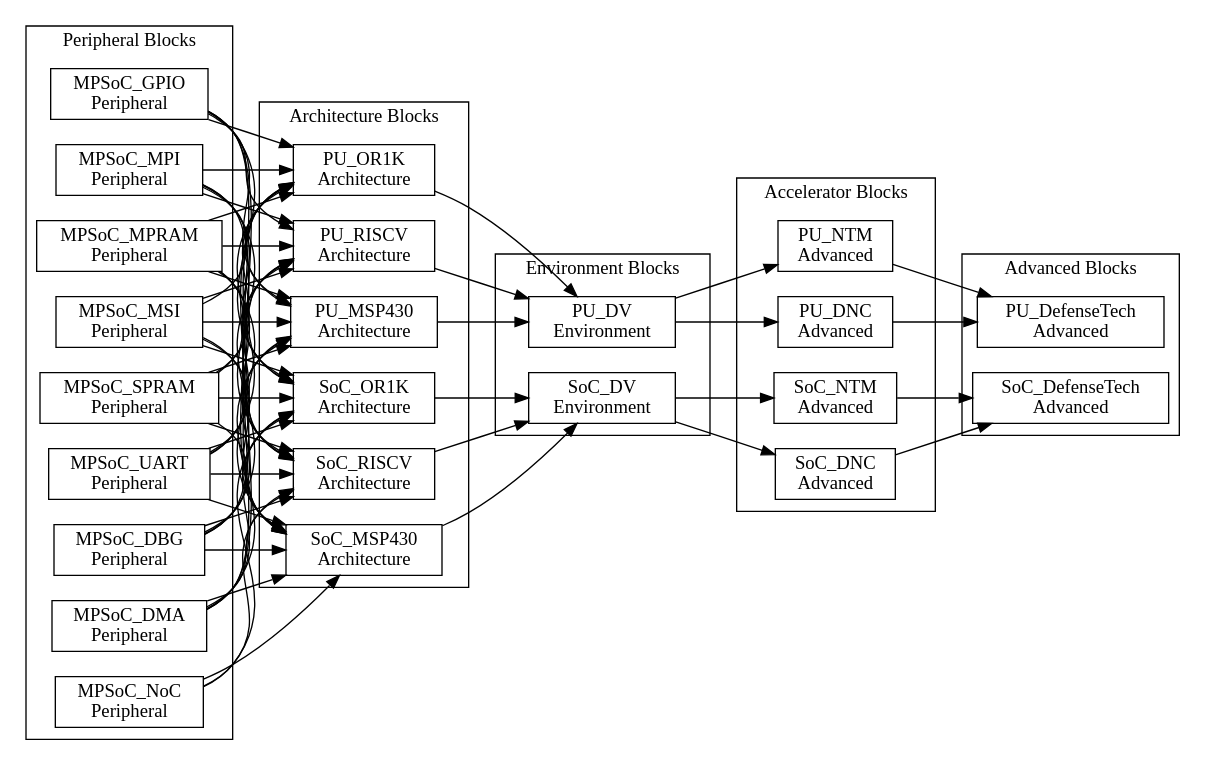
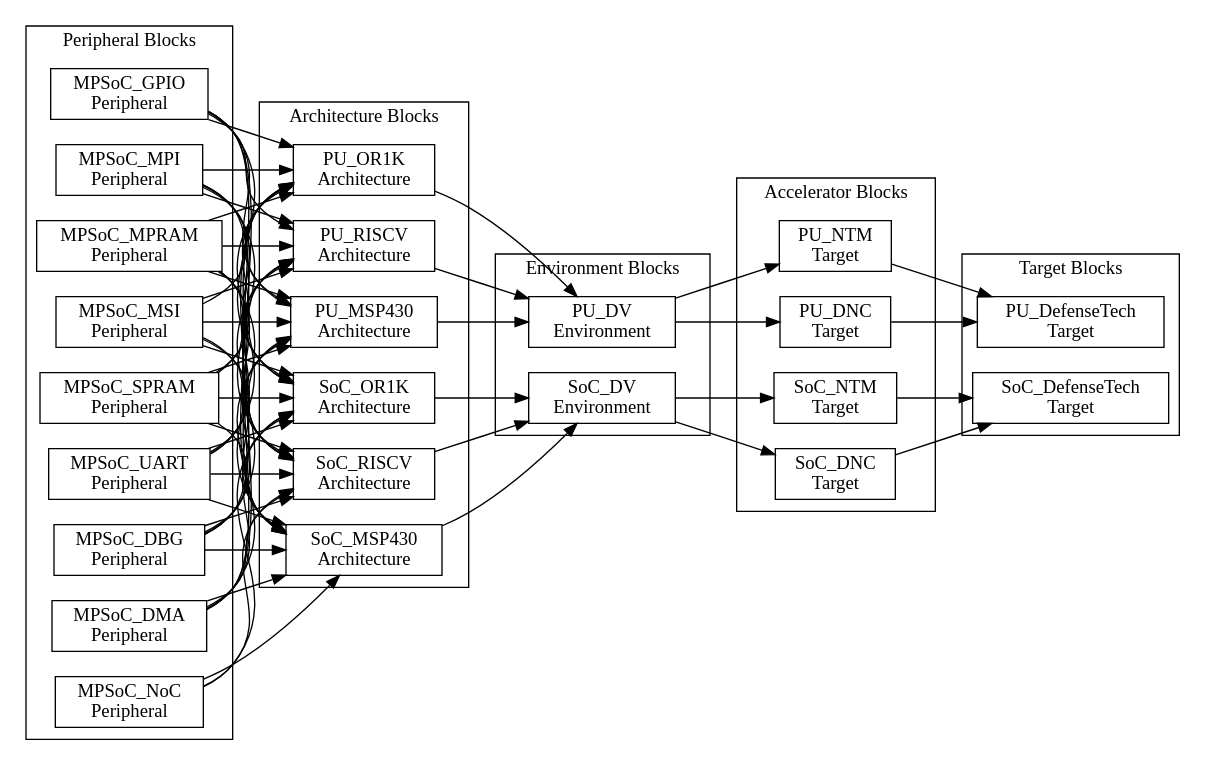
The diagram in doc/traditional/assets/chapter5/dependences-soc-energytech.dot (PacoReinaCampo/SoC-RTOS), drawn with Graphviz before and after one commit. The commit also changed 244 other files, not shown here.

```diff
--- a/doc/traditional/assets/chapter5/dependences-soc-energytech.dot
+++ b/doc/traditional/assets/chapter5/dependences-soc-energytech.dot
@@ -1,132 +1,132 @@
 digraph Project {
   // Introduction
   graph [rankdir = LR];
   node[shape=record];
 
   // Peripheral Blocks
   subgraph "cluster PeripheralBlocks" { label = "Peripheral Blocks";
     MPSoC_DBG[label="MPSoC_DBG \nPeripheral"];
     MPSoC_DMA[label="MPSoC_DMA \nPeripheral"];
     MPSoC_GPIO[label="MPSoC_GPIO \nPeripheral"];
     MPSoC_MPI[label="MPSoC_MPI \nPeripheral"];
     MPSoC_MPRAM[label="MPSoC_MPRAM \nPeripheral"];
     MPSoC_MSI[label="MPSoC_MSI \nPeripheral"];
     MPSoC_NoC[label="MPSoC_NoC \nPeripheral"];
     MPSoC_SPRAM[label="MPSoC_SPRAM \nPeripheral"];
     MPSoC_UART[label="MPSoC_UART \nPeripheral"];
   }
 
   // Architecture Blocks
   subgraph "cluster ArchitectureBlocks" { label = "Architecture Blocks";
     SoC_MSP430[label="SoC_MSP430 \nArchitecture"];
     SoC_OR1K[label="SoC_OR1K \nArchitecture"];
     SoC_RISCV[label="SoC_RISCV \nArchitecture"];
     PU_MSP430[label="PU_MSP430 \nArchitecture"];
     PU_OR1K[label="PU_OR1K \nArchitecture"];
     PU_RISCV[label="PU_RISCV \nArchitecture"];
   }
 
   // Environment Blocks
   subgraph "cluster EnvironmentBlocks" { label = "Environment Blocks";
     SoC_DV[label="SoC_DV \nEnvironment"];
     PU_DV[label="PU_DV \nEnvironment"];
   }
 
   // Accelerator Blocks
   subgraph "cluster AcceleratorBlocks" { label = "Accelerator Blocks";
-    SoC_NTM[label="SoC_NTM \nAdvanced"];
-    PU_NTM[label="PU_NTM \nAdvanced"];
+    SoC_NTM[label="SoC_NTM \nTarget"];
+    PU_NTM[label="PU_NTM \nTarget"];
 
-    SoC_DNC[label="SoC_DNC \nAdvanced"];
-    PU_DNC[label="PU_DNC \nAdvanced"];
+    SoC_DNC[label="SoC_DNC \nTarget"];
+    PU_DNC[label="PU_DNC \nTarget"];
   }
 
-  // Advanced Blocks
-  subgraph "cluster AdvancedBlocks" { label = "Advanced Blocks";
-    SoC_DefenseTech[label="SoC_DefenseTech \nAdvanced"];
-    PU_DefenseTech[label="PU_DefenseTech \nAdvanced"];
+  // Target Blocks
+  subgraph "cluster TargetBlocks" { label = "Target Blocks";
+    SoC_DefenseTech[label="SoC_DefenseTech \nTarget"];
+    PU_DefenseTech[label="PU_DefenseTech \nTarget"];
   }
 
   // Peripheral -> Architecture
   MPSoC_DBG -> SoC_MSP430;
   MPSoC_DMA -> SoC_MSP430;
   MPSoC_GPIO -> SoC_MSP430;
   MPSoC_MPI -> SoC_MSP430;
   MPSoC_MPRAM -> SoC_MSP430;
   MPSoC_MSI -> SoC_MSP430;
   MPSoC_NoC -> SoC_MSP430;
   MPSoC_SPRAM -> SoC_MSP430;
   MPSoC_UART -> SoC_MSP430;
 
   MPSoC_DBG -> PU_MSP430;
   MPSoC_DMA -> PU_MSP430;
   MPSoC_GPIO -> PU_MSP430;
   MPSoC_MPI -> PU_MSP430;
   MPSoC_MPRAM -> PU_MSP430;
   MPSoC_MSI -> PU_MSP430;
   MPSoC_SPRAM -> PU_MSP430;
   MPSoC_UART -> PU_MSP430;
 
 
   MPSoC_DBG -> SoC_OR1K;
   MPSoC_DMA -> SoC_OR1K;
   MPSoC_GPIO -> SoC_OR1K;
   MPSoC_MPI -> SoC_OR1K;
   MPSoC_MPRAM -> SoC_OR1K;
   MPSoC_MSI -> SoC_OR1K;
   MPSoC_NoC -> SoC_OR1K;
   MPSoC_SPRAM -> SoC_OR1K;
   MPSoC_UART -> SoC_OR1K;
 
   MPSoC_DBG -> PU_OR1K;
   MPSoC_DMA -> PU_OR1K;
   MPSoC_GPIO -> PU_OR1K;
   MPSoC_MPI -> PU_OR1K;
   MPSoC_MPRAM -> PU_OR1K;
   MPSoC_MSI -> PU_OR1K;
   MPSoC_SPRAM -> PU_OR1K;
   MPSoC_UART -> PU_OR1K;
 
 
   MPSoC_DBG -> SoC_RISCV;
   MPSoC_DMA -> SoC_RISCV;
   MPSoC_GPIO -> SoC_RISCV;
   MPSoC_MPI -> SoC_RISCV;
   MPSoC_MPRAM -> SoC_RISCV;
   MPSoC_MSI -> SoC_RISCV;
   MPSoC_NoC -> SoC_RISCV;
   MPSoC_SPRAM -> SoC_RISCV;
   MPSoC_UART -> SoC_RISCV;
 
   MPSoC_DBG -> PU_RISCV;
   MPSoC_DMA -> PU_RISCV;
   MPSoC_GPIO -> PU_RISCV;
   MPSoC_MPI -> PU_RISCV;
   MPSoC_MPRAM -> PU_RISCV;
   MPSoC_MSI -> PU_RISCV;
   MPSoC_SPRAM -> PU_RISCV;
   MPSoC_UART -> PU_RISCV;
 
   // Architecture -> Environment
   PU_MSP430 -> PU_DV;
   PU_OR1K -> PU_DV;
   PU_RISCV -> PU_DV;
 
   SoC_MSP430 -> SoC_DV;
   SoC_OR1K -> SoC_DV;
   SoC_RISCV -> SoC_DV;
 
   // Environment -> Accelerator
   PU_DV -> PU_NTM;
   PU_DV -> PU_DNC;
 
   SoC_DV -> SoC_NTM;
   SoC_DV -> SoC_DNC;
 
-  // Accelerator -> Advanced
+  // Accelerator -> Target
   PU_NTM -> PU_DefenseTech;
   PU_DNC -> PU_DefenseTech;
 
   SoC_NTM -> SoC_DefenseTech;
   SoC_DNC -> SoC_DefenseTech;
 }
```
